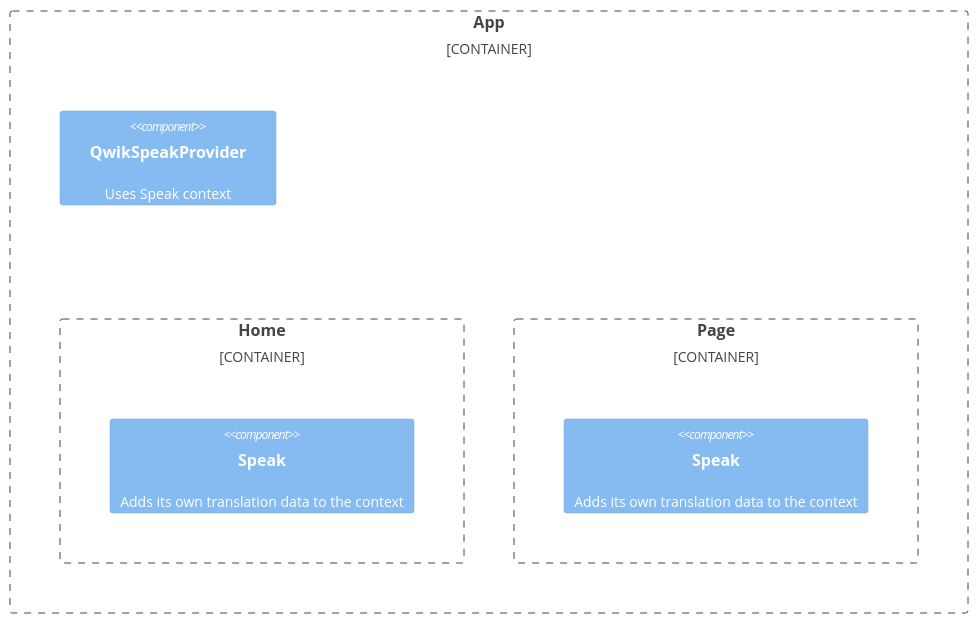
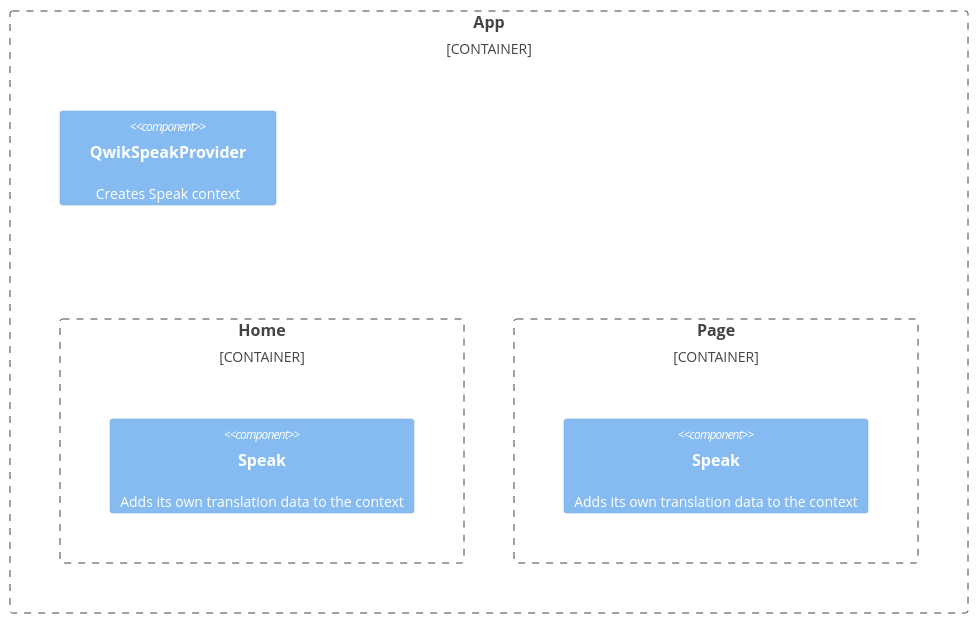
One commit to robisim74/qwik-speak changed the second of 2 diagrams in README.md. Above: the diagram before and after it, drawn with Mermaid. The commit also changed other lines of this file and 7 other files, not shown here.

````diff
--- a/README.md
+++ b/README.md
@@ -118,12 +119,12 @@
 ```mermaid
 C4Container
     Container_Boundary(a, "App") {
-        Component(a0, "QwikSpeakProvider", "", "Uses Speak context")
+        Component(a0, "QwikSpeakProvider", "", "Creates Speak context")
         Container_Boundary(b1, "Home") {
             Component(a10, "Speak", "", "Adds its own translation data to the context")        
         }  
         Container_Boundary(b2, "Page") {
             Component(a20, "Speak", "", "Adds its own translation data to the context")        
         }       
     }
 ```
````
